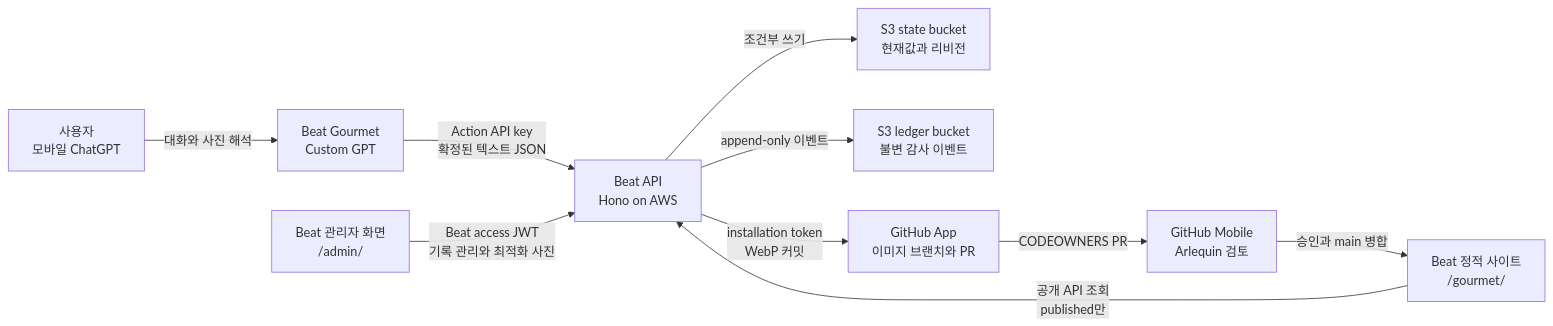
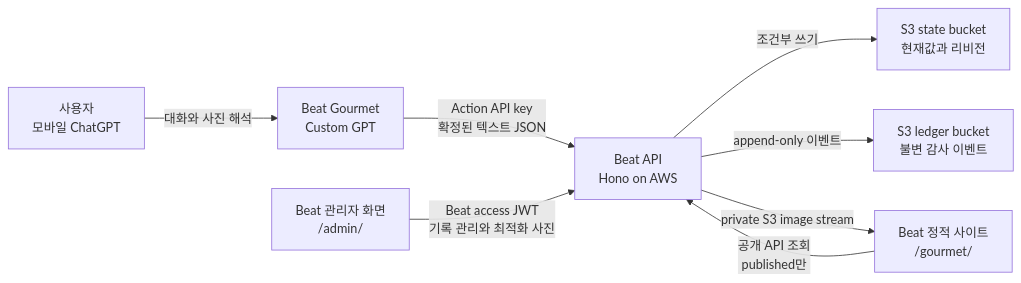
One commit to arlequins/beat changed the first of 2 diagrams in docs/gourmet-integration-flow.md. Above: the diagram before and after it, drawn with Mermaid. The commit also changed other lines of this file and 13 other files, not shown here.

````diff
--- a/docs/gourmet-integration-flow.md
+++ b/docs/gourmet-integration-flow.md
@@ -18,22 +18,18 @@
 ```mermaid
 flowchart LR
   user["사용자<br/>모바일 ChatGPT"]
   gpt["Beat Gourmet<br/>Custom GPT"]
   api["Beat API<br/>Hono on AWS"]
   state["S3 state bucket<br/>현재값과 리비전"]
   ledger["S3 ledger bucket<br/>불변 감사 이벤트"]
   admin["Beat 관리자 화면<br/>/admin/"]
-  github["GitHub App<br/>이미지 브랜치와 PR"]
-  review["GitHub Mobile<br/>Arlequin 검토"]
   web["Beat 정적 사이트<br/>/gourmet/"]
 
   user -->|"대화와 사진 해석"| gpt
   gpt -->|"Action API key<br/>확정된 텍스트 JSON"| api
   api -->|"조건부 쓰기"| state
   api -->|"append-only 이벤트"| ledger
   admin -->|"Beat access JWT<br/>기록 관리와 최적화 사진"| api
-  api -->|"installation token<br/>WebP 커밋"| github
-  github -->|"CODEOWNERS PR"| review
-  review -->|"승인과 main 병합"| web
   web -->|"공개 API 조회<br/>published만"| api
+  api -->|"private S3 image stream"| web
 ```
````
